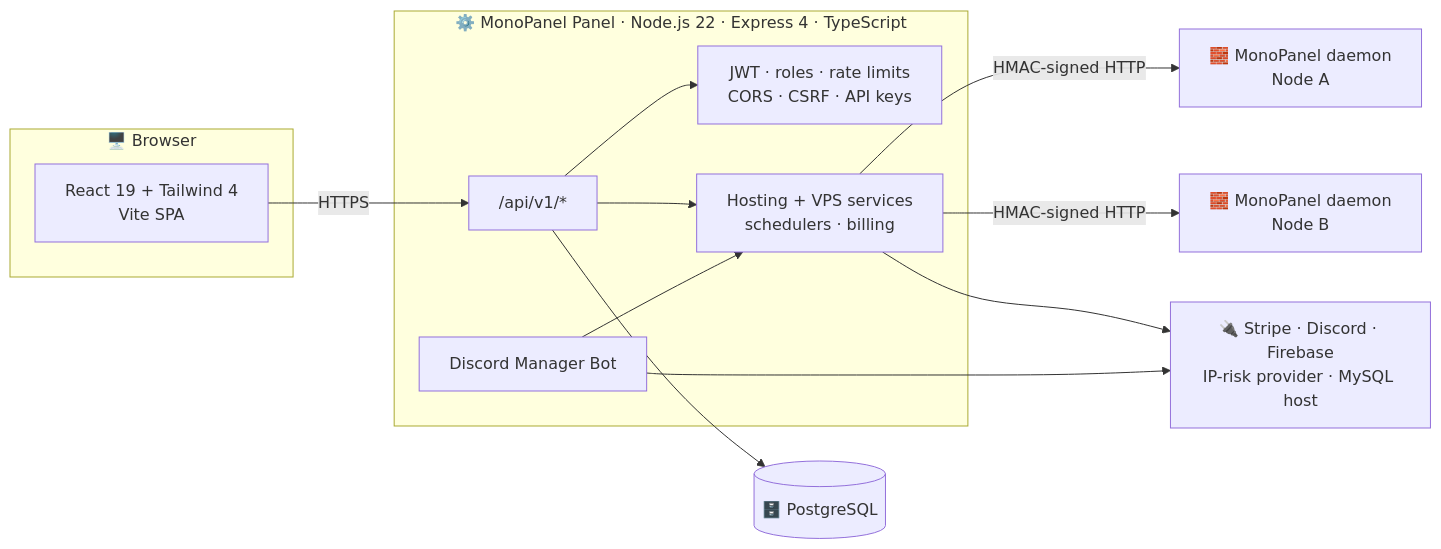
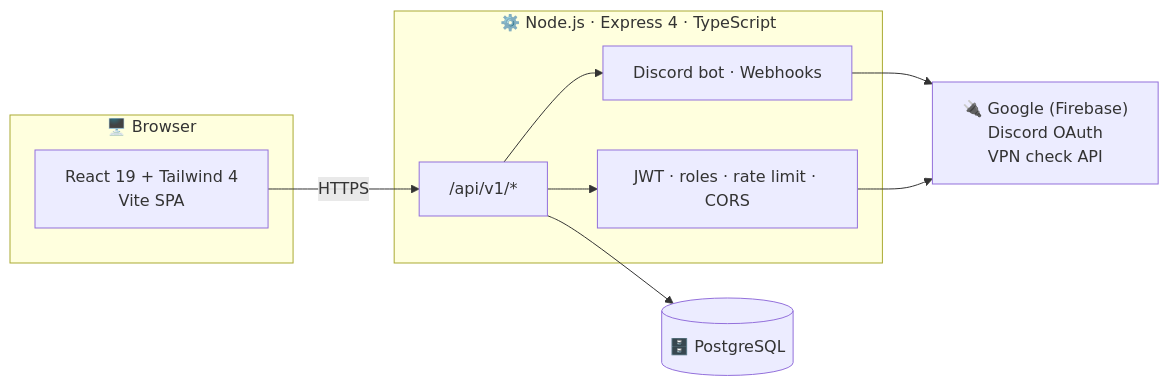
One commit to MonoPanelOFFICIAL/MonoPanel-Panel changed the first of 2 diagrams in README.md. Above: the diagram before and after it, drawn with Mermaid. The commit also changed other lines of this file and 51 other files, not shown here.

Commit message:
Update MonoPanel panel

````diff
--- a/README.md
+++ b/README.md
@@ -352,28 +207,22 @@
 ```mermaid
 flowchart LR
     subgraph Client["🖥️ Browser"]
         UI["React 19 + Tailwind 4<br/>Vite SPA"]
     end
 
-    subgraph Panel["⚙️ MonoPanel Panel · Node.js 22 · Express 4 · TypeScript"]
+    subgraph Server["⚙️ Node.js · Express 4 · TypeScript"]
         API["/api/v1/*"]
-        SEC["JWT · roles · rate limits<br/>CORS · CSRF · API keys"]
-        HOST["Hosting + VPS services<br/>schedulers · billing"]
-        BOT["Discord Manager Bot"]
+        AUTH["JWT · roles · rate limit · CORS"]
+        SVC["Discord bot · Webhooks"]
     end
 
     DB[("🗄️ PostgreSQL")]
-    D1["🧱 MonoPanel daemon<br/>Node A"]
-    D2["🧱 MonoPanel daemon<br/>Node B"]
-    EXT["🔌 Stripe · Discord · Firebase<br/>IP-risk provider · MySQL host"]
+    EXT["🔌 Google (Firebase)<br/>Discord OAuth<br/>VPN check API"]
 
     UI -->|HTTPS| API
-    API --> SEC
-    API --> HOST
+    API --> AUTH
     API --> DB
-    HOST -->|"HMAC-signed HTTP"| D1
-    HOST -->|"HMAC-signed HTTP"| D2
-    HOST --> EXT
-    BOT --> HOST
-    BOT --> EXT
+    API --> SVC
+    SVC --> EXT
+    AUTH --> EXT
 ```
````
